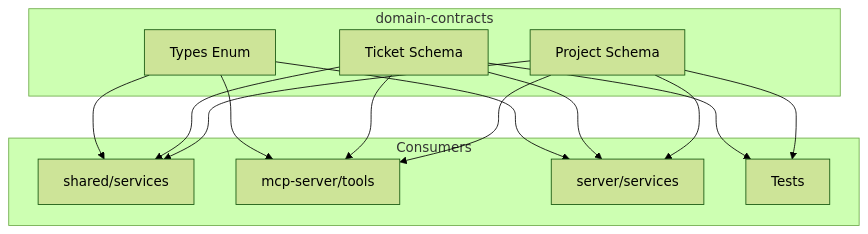
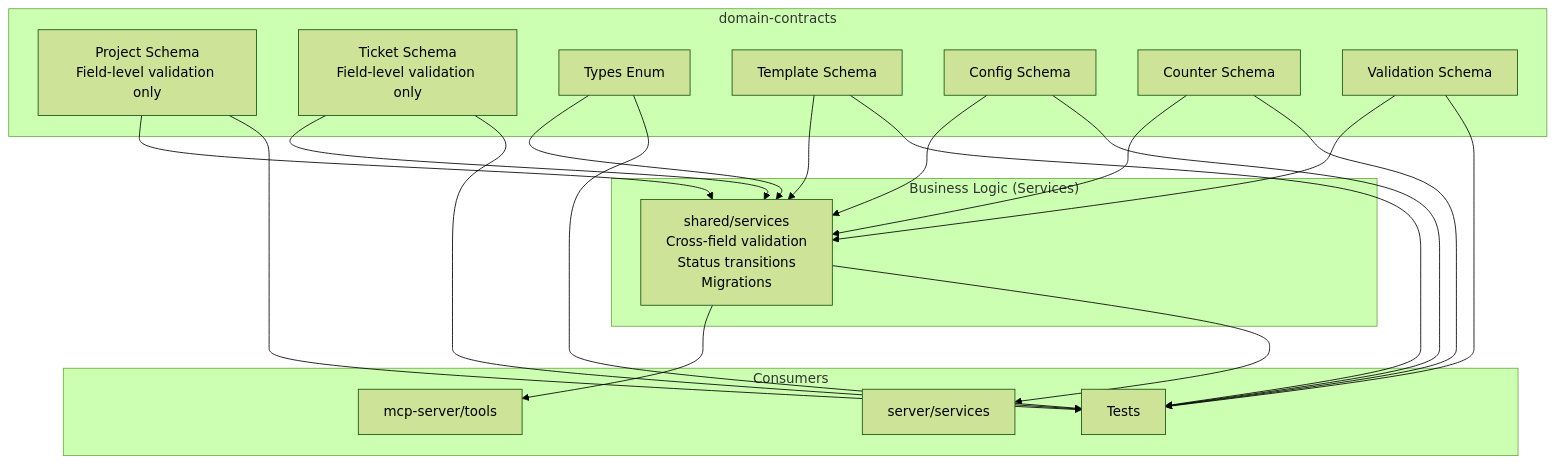
The diagram in docs/CRs/MDT-101/architecture.md (andkirby/markdown-ticket), drawn with Mermaid (forest theme) before and after one commit. The commit also changed other lines of this file, not shown here.

First line of the commit message:
docs(MDT-101): Update architecture to enforce pure field-level validation

````diff
--- a/docs/CRs/MDT-101/architecture.md
+++ b/docs/CRs/MDT-101/architecture.md
@@ -30,25 +43,36 @@
 ```mermaid
 graph TB
     subgraph "domain-contracts"
-        A[Project Schema]
-        B[Ticket Schema]
+        A[Project Schema<br/>Field-level validation only]
+        B[Ticket Schema<br/>Field-level validation only]
         C[Types Enum]
+        D[Template Schema]
+        E[Config Schema]
+        F[Counter Schema]
+        G[Validation Schema]
+    end
+    subgraph "Business Logic (Services)"
+        H[shared/services<br/>Cross-field validation<br/>Status transitions<br/>Migrations]
     end
     subgraph "Consumers"
-        D[shared/services]
-        E[mcp-server/tools]
-        F[server/services]
-        G[Tests]
+        I[mcp-server/tools]
+        J[server/services]
+        K[Tests]
     end
-    A --> D
-    A --> E
-    A --> F
-    B --> D
-    B --> E
-    B --> F
-    C --> D
-    C --> E
-    C --> F
-    A --> G
-    B --> G
+    A --> H
+    B --> H
+    C --> H
+    D --> H
+    E --> H
+    F --> H
+    G --> H
+    H --> I
+    H --> J
+    A --> K
+    B --> K
+    C --> K
+    D --> K
+    E --> K
+    F --> K
+    G --> K
 ```
````
